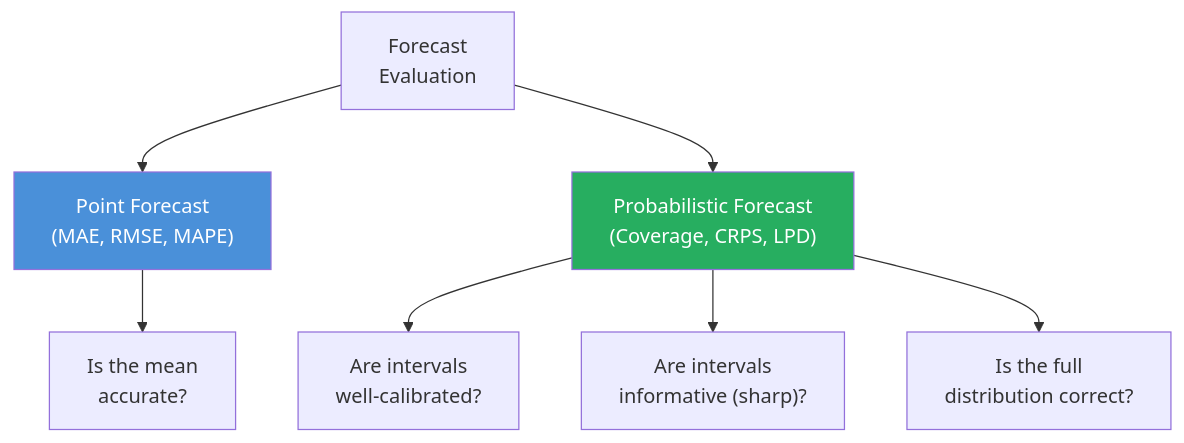
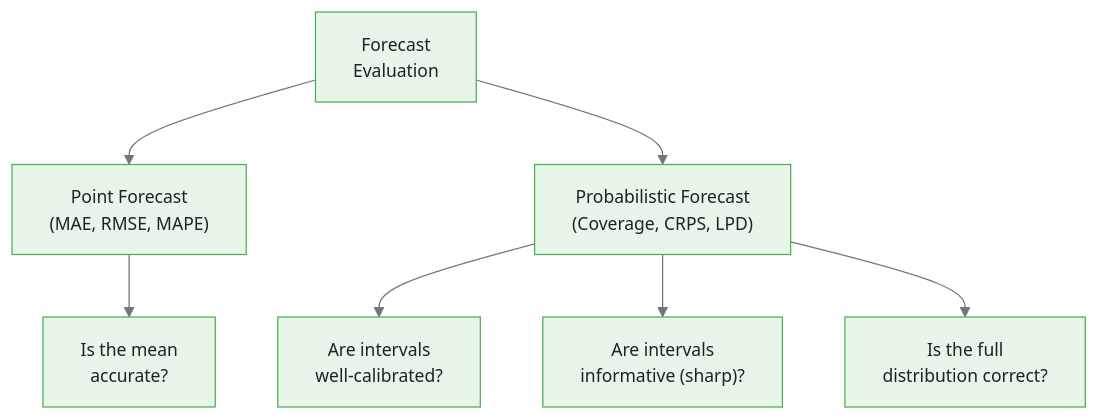
Before and after one commit to m-deane/course-creator: the first of 4 diagrams in courses/bayesian-commodity-forecasting/modules/module_08_fundamentals_integration/guides/04_forecast_evaluation_slides.md, drawn with Mermaid. The commit also changed other lines of this file and 104 other files, not shown here.

````diff
--- a/courses/bayesian-commodity-forecasting/modules/module_08_fundamentals_integration/guides/04_forecast_evaluation_slides.md
+++ b/courses/bayesian-commodity-forecasting/modules/module_08_fundamentals_integration/guides/04_forecast_evaluation_slides.md
@@ -28,11 +32,10 @@
 ```mermaid
+%%{init: {"theme": "base", "themeVariables": {"primaryColor": "#e8f5e9", "primaryBorderColor": "#4caf50", "primaryTextColor": "#212121", "secondaryColor": "#e3f2fd", "tertiaryColor": "#fff8e1", "lineColor": "#757575", "fontFamily": "Inter, sans-serif", "fontSize": "14px"}}}%%
 flowchart TD
     EVAL["Forecast\nEvaluation"] --> POINT["Point Forecast\n(MAE, RMSE, MAPE)"]
     EVAL --> PROB["Probabilistic Forecast\n(Coverage, CRPS, LPD)"]
     POINT --> MEAN["Is the mean\naccurate?"]
     PROB --> CAL["Are intervals\nwell-calibrated?"]
     PROB --> SHARP["Are intervals\ninformative (sharp)?"]
     PROB --> FULL["Is the full\ndistribution correct?"]
-    style PROB fill:#27ae60,color:#fff
-    style POINT fill:#4a90d9,color:#fff
 ```
````
